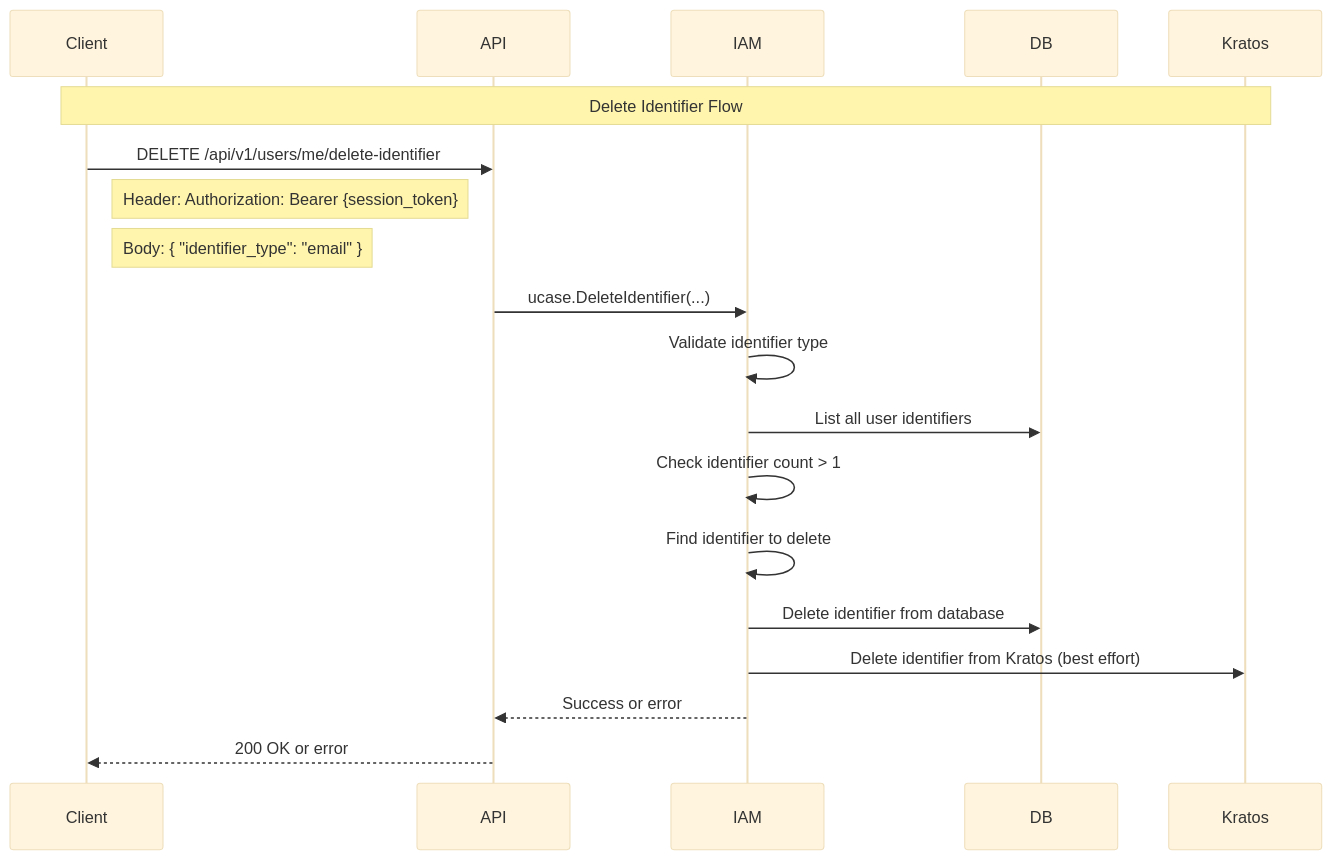
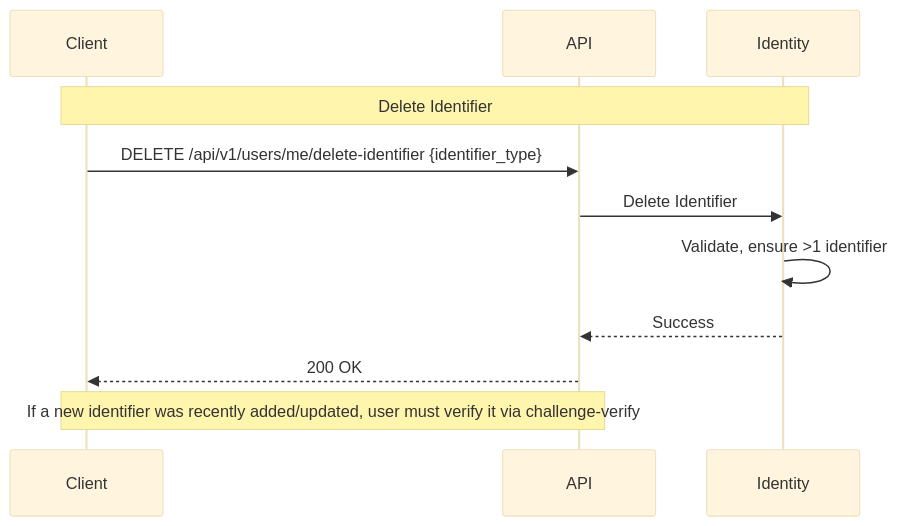
One commit to lifenetwork-ai/iam-service changed the diagram in dev-docs/Delete Identifier.md. Above: the diagram before and after it, drawn with Mermaid (base theme). The commit also changed other lines of this file and 1 other file, not shown here.

````diff
--- a/dev-docs/Delete Identifier.md
+++ b/dev-docs/Delete Identifier.md
@@ -7,23 +7,14 @@
 ```mermaid
 sequenceDiagram
     participant Client
     participant API
-    participant IAM
-    participant DB
-    participant Kratos
+    participant Identity
 
-    Note over Client,Kratos: Delete Identifier Flow
-    Client->>API: DELETE /api/v1/users/me/delete-identifier
-    Note right of Client: Header: Authorization: Bearer {session_token}
-    Note right of Client: Body: { "identifier_type": "email" }
-
-    API->>IAM: ucase.DeleteIdentifier(...)
-    IAM->>IAM: Validate identifier type
-    IAM->>DB: List all user identifiers
-    IAM->>IAM: Check identifier count > 1
-    IAM->>IAM: Find identifier to delete
-    IAM->>DB: Delete identifier from database
-    IAM->>Kratos: Delete identifier from Kratos (best effort)
-    IAM-->>API: Success or error
-    API-->>Client: 200 OK or error
+    Note over Client,Identity: Delete Identifier
+    Client->>API: DELETE /api/v1/users/me/delete-identifier {identifier_type}
+    API->>Identity: Delete Identifier
+    Identity->>Identity: Validate, ensure >1 identifier
+    Identity-->>API: Success
+    API-->>Client: 200 OK
+    Note over Client,API: If a new identifier was recently added/updated, user must verify it via challenge-verify
 ```
````
